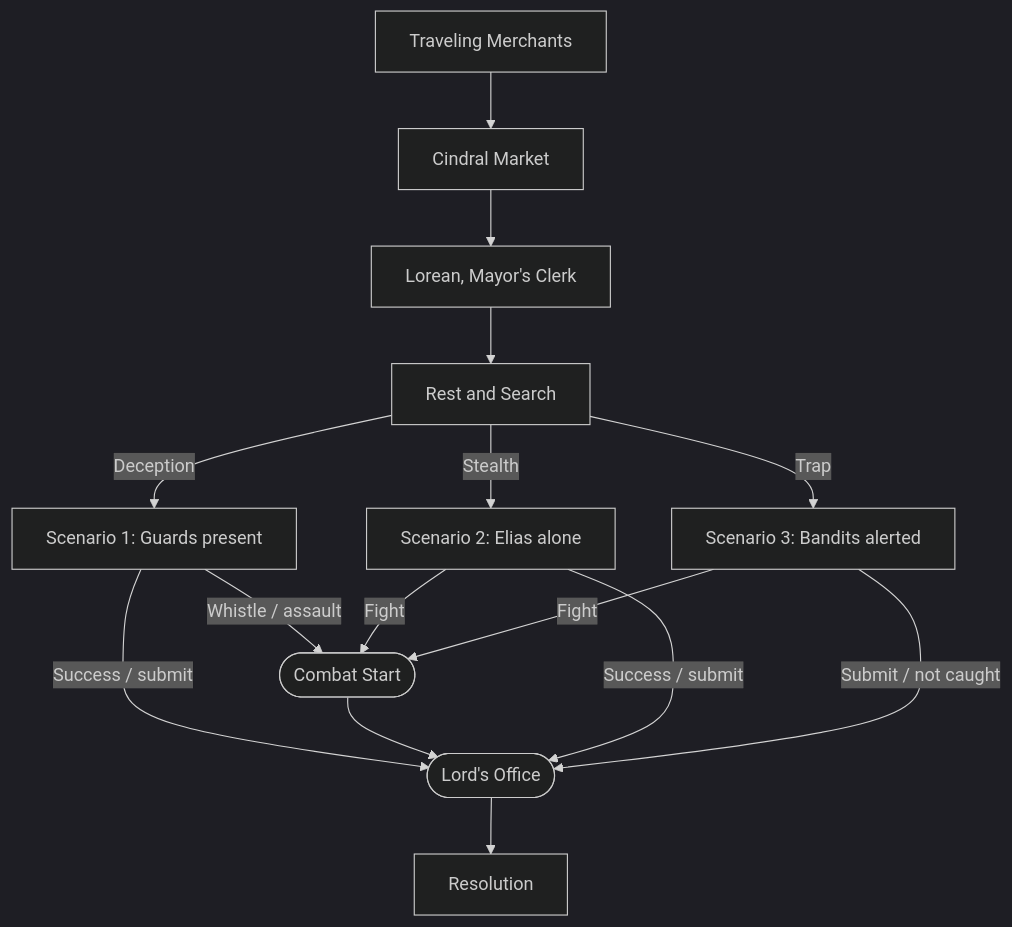
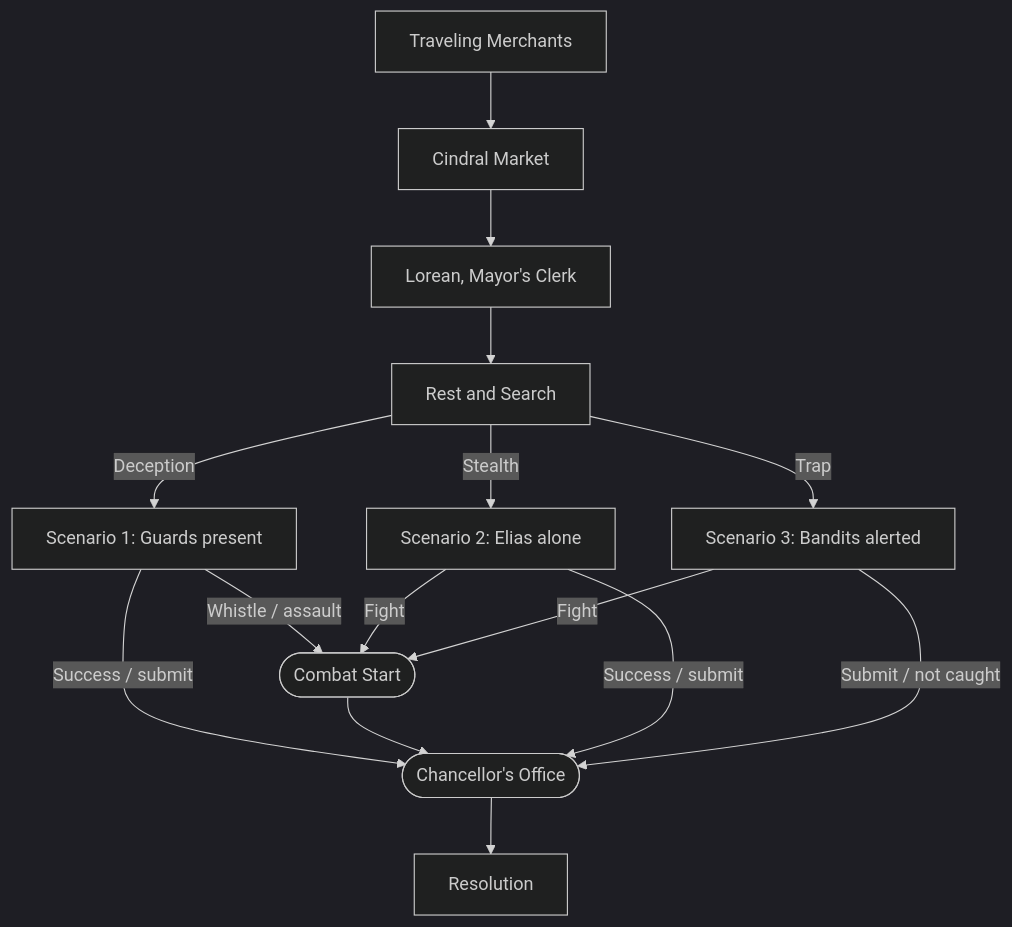
One commit to Kitick/Anthro changed the first of 11 diagrams in Lore/Scenes/Intros/Elias.md. Above: the diagram before and after it, drawn with Mermaid (dark theme). The commit also changed other lines of this file and 1 other file, not shown here.

Commit message:
Edmund is a chancellor

````diff
--- a/Lore/Scenes/Intros/Elias.md
+++ b/Lore/Scenes/Intros/Elias.md
@@ -7,22 +7,22 @@
 ```mermaid
 flowchart TD
     Merchants[Traveling Merchants] --> Market[Cindral Market]
     Market --> Lorean[Lorean, Mayor's Clerk]
     Lorean --> Rest[Rest and Search]
 
     Rest -->|Deception| Scenario1[Scenario 1: Guards present]
     Rest -->|Stealth| Scenario2[Scenario 2: Elias alone]
     Rest -->|Trap| Scenario3[Scenario 3: Bandits alerted]
 
     Scenario1 -->|Whistle / assault| CombatStart([Combat Start])
-    Scenario1 -->|Success / submit| LordOffice([Lord's Office])
-    CombatStart --> LordOffice
+    Scenario1 -->|Success / submit| ChancellorOffice([Chancellor's Office])
+    CombatStart --> ChancellorOffice
 
-    Scenario2 -->|Success / submit| LordOffice
+    Scenario2 -->|Success / submit| ChancellorOffice
     Scenario2 -->|Fight| CombatStart
 
     Scenario3 -->|Fight| CombatStart
-    Scenario3 -->|Submit / not caught| LordOffice
+    Scenario3 -->|Submit / not caught| ChancellorOffice
 
-    LordOffice --> Resolution[Resolution]
+    ChancellorOffice --> Resolution[Resolution]
 ```
````
